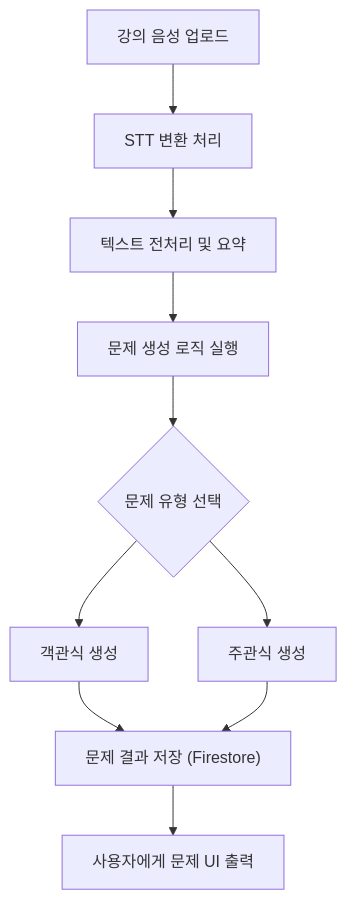
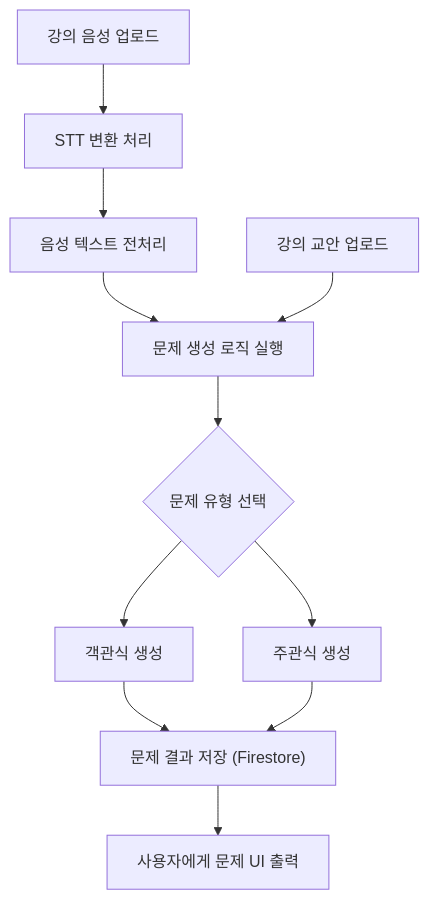
One commit to gihong0627/Second-Teacher changed the diagram in README.md. Above: the diagram before and after it, drawn with Mermaid. The commit also changed other lines of this file, not shown here.

First line of the commit message:
docs(readme): Update system flowchart to reflect lecture material input

````diff
--- a/README.md
+++ b/README.md
@@ -73,12 +79,13 @@
 ```mermaid
 graph TD
   A[강의 음성 업로드] --> B[STT 변환 처리]
-  B --> C[텍스트 전처리 및 요약]
-  C --> D[문제 생성 로직 실행]
+  B --> C1[음성 텍스트 전처리]
+  C1 --> D[문제 생성 로직 실행]
+  C2[강의 교안 업로드] --> D
   D --> E{문제 유형 선택}
   E --> F1[객관식 생성]
   E --> F2[주관식 생성]
   F1 --> G["문제 결과 저장 (Firestore)"]
   F2 --> G
   G --> H[사용자에게 문제 UI 출력]
 ```
````
